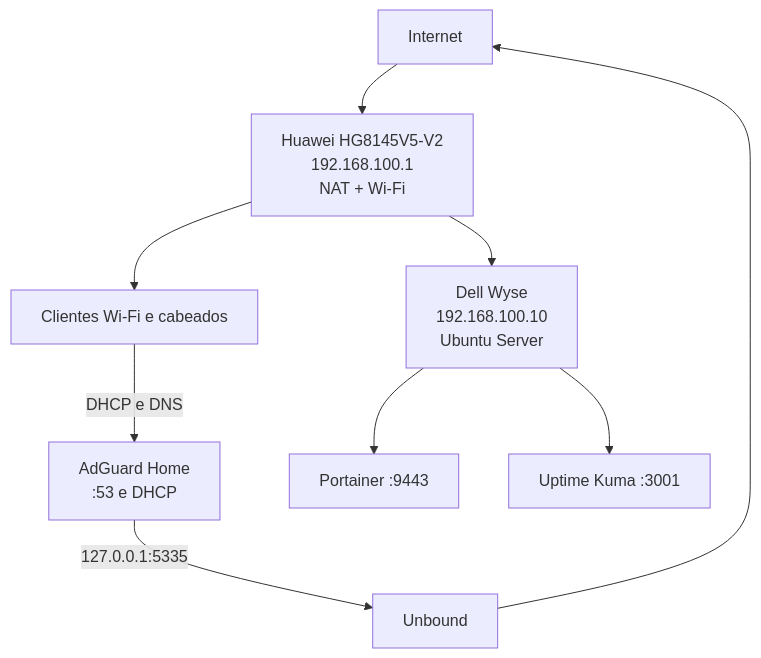
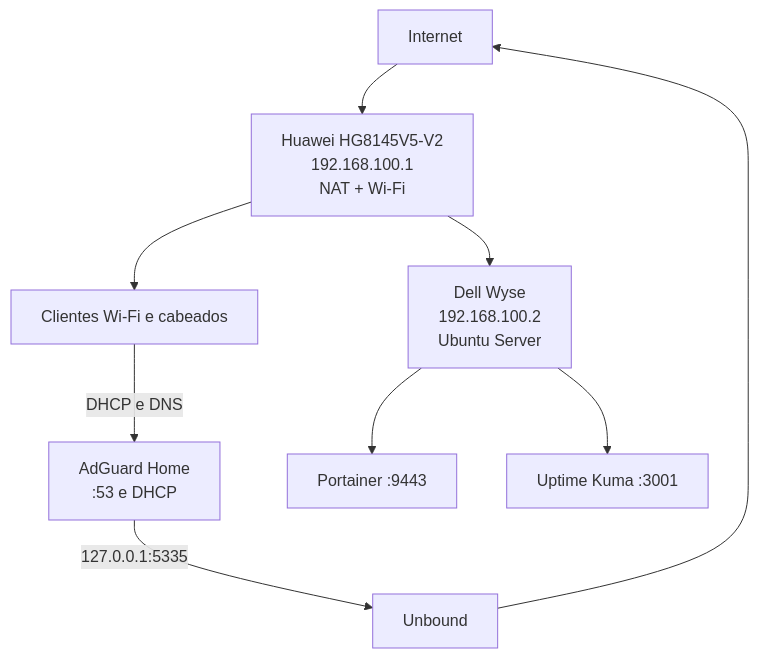
Before and after one commit to leonardodebs/homelab-infrastructure-server: the diagram in docs/00-Arquitetura.md, drawn with Mermaid. The commit also changed other lines of this file, not shown here.

Commit message:
docs: update architecture server IP to 192.168.100.2

````diff
--- a/docs/00-Arquitetura.md
+++ b/docs/00-Arquitetura.md
@@ -27,11 +27,11 @@
 ```mermaid
 flowchart TD
     Internet --> Huawei[Huawei HG8145V5-V2\n192.168.100.1\nNAT + Wi-Fi]
-    Huawei --> Wyse[Dell Wyse\n192.168.100.10\nUbuntu Server]
+    Huawei --> Wyse[Dell Wyse\n192.168.100.2\nUbuntu Server]
     Huawei --> Clientes[Clientes Wi-Fi e cabeados]
     Clientes -->|DHCP e DNS| AdGuard[AdGuard Home\n:53 e DHCP]
     AdGuard -->|127.0.0.1:5335| Unbound[Unbound]
     Unbound --> Internet
     Wyse --> Portainer[Portainer :9443]
     Wyse --> Kuma[Uptime Kuma :3001]
 ```
````
